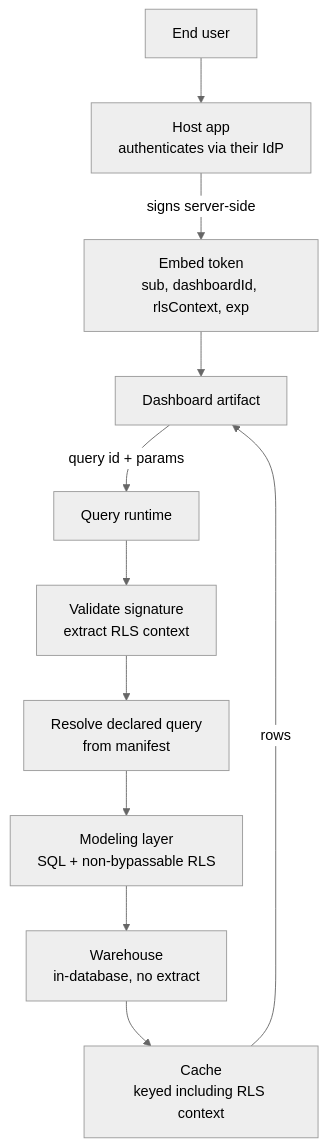
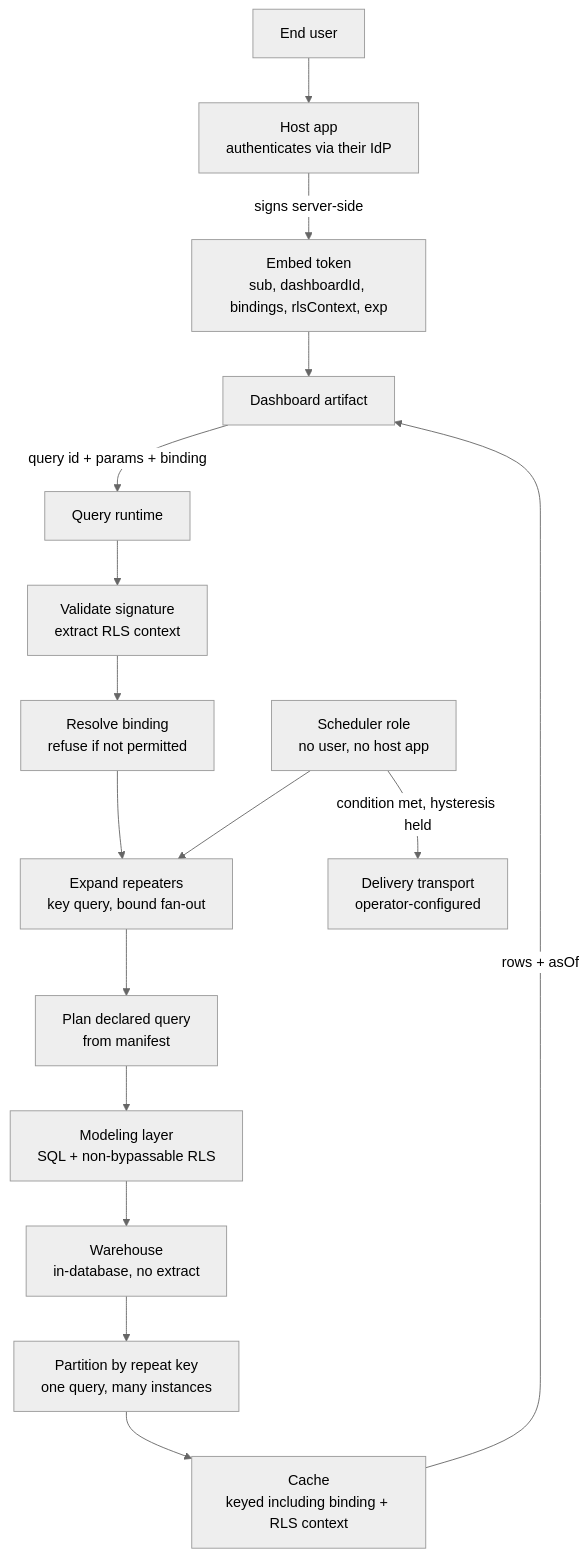
The diagram in diagrams/query-path.mmd (Nodex-Studio/nodex-website), drawn with Mermaid (neutral theme) before and after one commit. The commit also changed 34 other files, not shown here.

```diff
--- a/diagrams/query-path.mmd
+++ b/diagrams/query-path.mmd
@@ -1,18 +1,28 @@
 graph TD
   user["End user"] --> host["Host app
 authenticates via their IdP"]
   host -- "signs server-side" --> token["Embed token
-sub, dashboardId, rlsContext, exp"]
+sub, dashboardId, bindings, rlsContext, exp"]
   token --> comp["Dashboard artifact"]
-  comp -- "query id + params" --> rt["Query runtime"]
+  comp -- "query id + params + binding" --> rt["Query runtime"]
   rt --> auth["Validate signature
 extract RLS context"]
-  auth --> resolve["Resolve declared query
+  auth --> bind["Resolve binding
+refuse if not permitted"]
+  bind --> expand["Expand repeaters
+key query, bound fan-out"]
+  expand --> resolve["Plan declared query
 from manifest"]
   resolve --> model["Modeling layer
 SQL + non-bypassable RLS"]
   model --> wh["Warehouse
 in-database, no extract"]
-  wh --> cache["Cache
-keyed including RLS context"]
-  cache -- "rows" --> comp
+  wh --> part["Partition by repeat key
+one query, many instances"]
+  part --> cache["Cache
+keyed including binding + RLS context"]
+  cache -- "rows + asOf" --> comp
+  sched["Scheduler role
+no user, no host app"] --> expand
+  sched -- "condition met, hysteresis held" --> deliver["Delivery transport
+operator-configured"]
```
